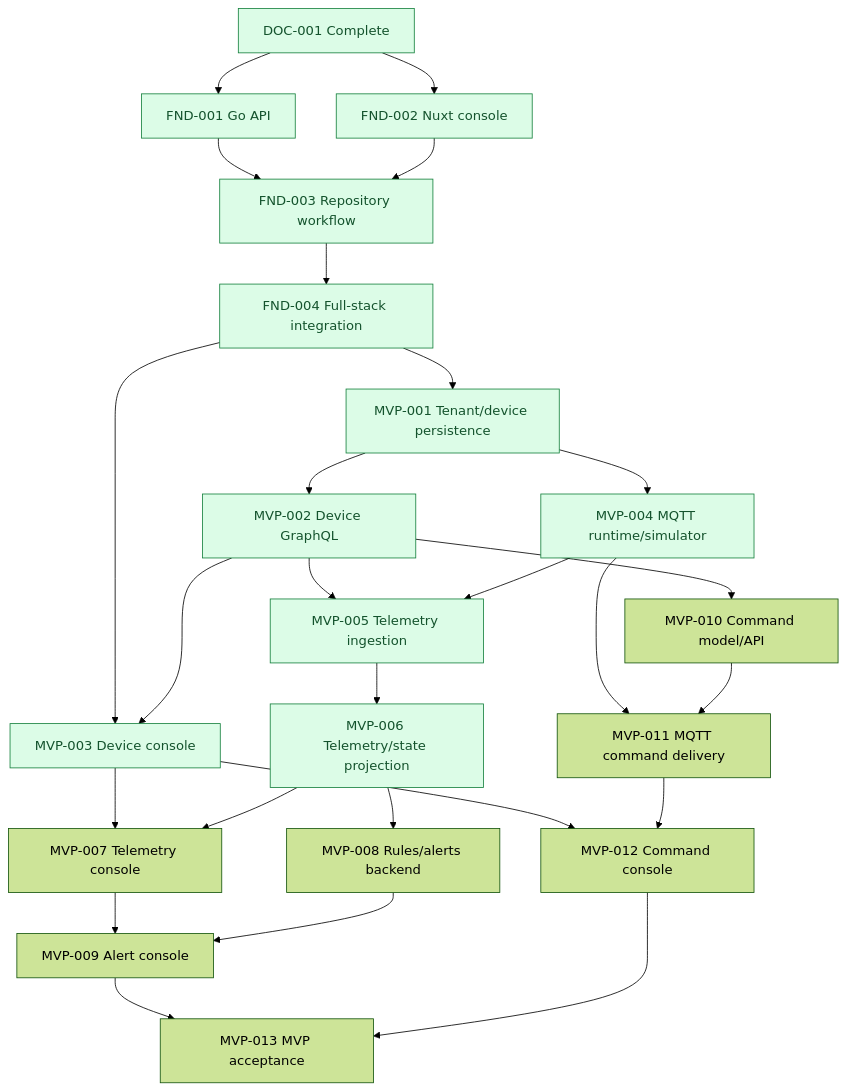
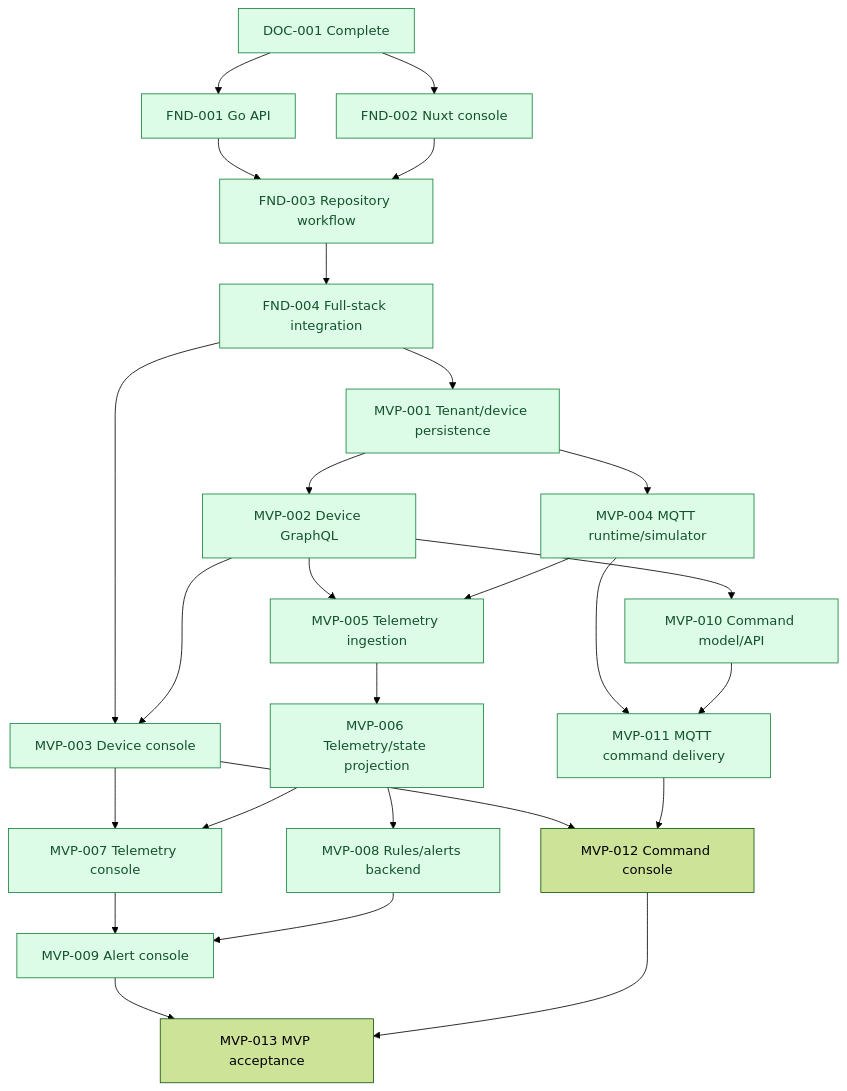
Before and after one commit to methat-ruk/pulsegrid: the second of 2 diagrams in docs/roadmap/roadmap.md, drawn with Mermaid (forest theme). The commit also changed other lines of this file and 32 other files, not shown here.

````diff
--- a/docs/roadmap/roadmap.md
+++ b/docs/roadmap/roadmap.md
@@ -49,47 +49,52 @@
 ```mermaid
 flowchart TD
     DOC001[DOC-001 Complete] --> FND001[FND-001 Go API]
     DOC001 --> FND002[FND-002 Nuxt console]
     FND001 --> FND003[FND-003 Repository workflow]
     FND002 --> FND003
     FND003 --> FND004[FND-004 Full-stack integration]
 
     FND004 --> MVP001[MVP-001 Tenant/device persistence]
     MVP001 --> MVP002[MVP-002 Device GraphQL]
     FND004 --> MVP003[MVP-003 Device console]
     MVP002 --> MVP003
 
     MVP001 --> MVP004[MVP-004 MQTT runtime/simulator]
     MVP002 --> MVP005[MVP-005 Telemetry ingestion]
     MVP004 --> MVP005
     MVP005 --> MVP006[MVP-006 Telemetry/state projection]
     MVP003 --> MVP007[MVP-007 Telemetry console]
     MVP006 --> MVP007
 
     MVP006 --> MVP008[MVP-008 Rules/alerts backend]
     MVP007 --> MVP009[MVP-009 Alert console]
     MVP008 --> MVP009
 
     MVP002 --> MVP010[MVP-010 Command model/API]
     MVP004 --> MVP011[MVP-011 MQTT command delivery]
     MVP010 --> MVP011
     MVP003 --> MVP012[MVP-012 Command console]
     MVP011 --> MVP012
 
     MVP009 --> MVP013[MVP-013 MVP acceptance]
     MVP012 --> MVP013
 
     classDef complete fill:#DCFCE7,stroke:#15803D,color:#14532D;
     classDef progress fill:#FEF3C7,stroke:#B45309,color:#78350F;
     class DOC001 complete;
     class FND001 complete;
     class FND002 complete;
     class FND003 complete;
     class FND004 complete;
     class MVP001 complete;
     class MVP002 complete;
     class MVP003 complete;
     class MVP004 complete;
     class MVP005 complete;
     class MVP006 complete;
+    class MVP007 complete;
+    class MVP008 complete;
+    class MVP009 complete;
+    class MVP010 complete;
+    class MVP011 complete;
 ```
````
